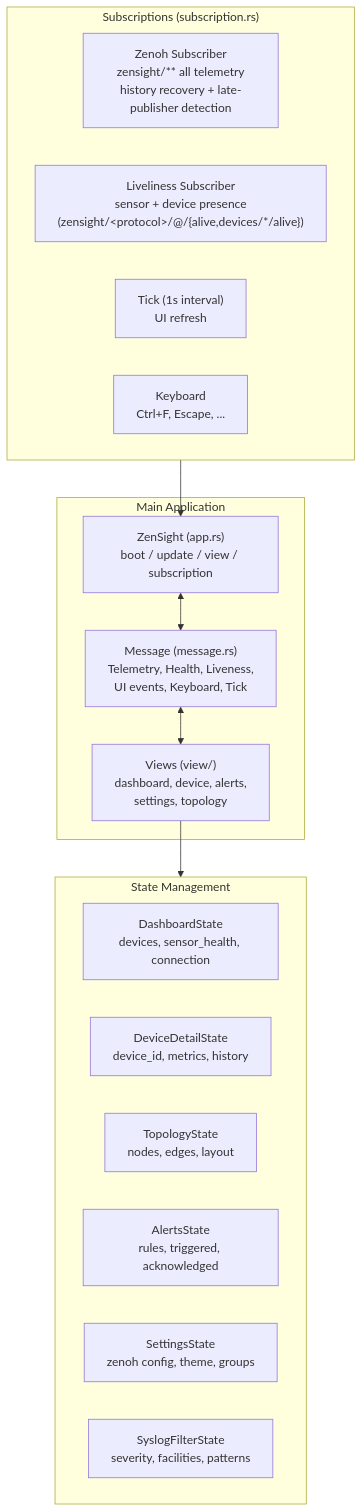
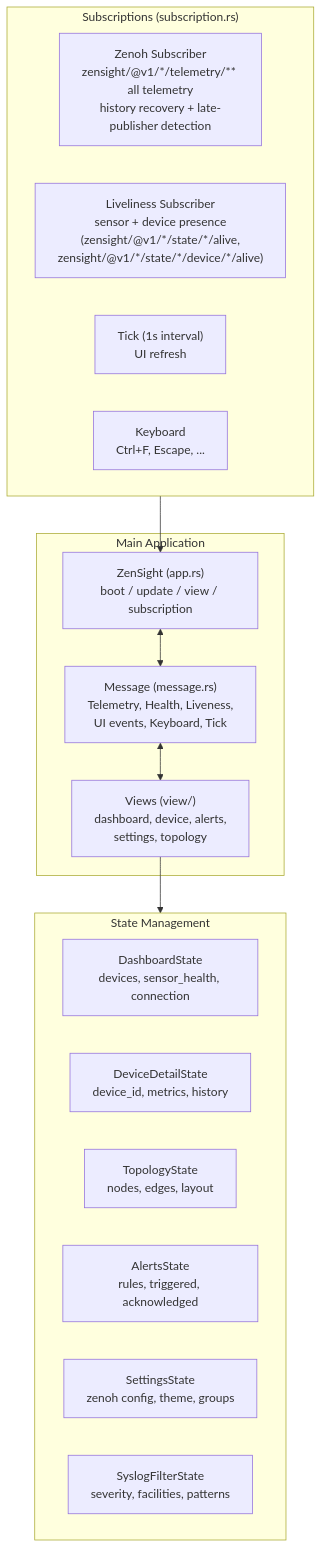
Before and after one commit to p13marc/zensight: the fifth of 8 diagrams in docs/ARCHITECTURE.md, drawn with Mermaid. The commit also changed other lines of this file and 67 other files, not shown here.

````diff
--- a/docs/ARCHITECTURE.md
+++ b/docs/ARCHITECTURE.md
@@ -245,30 +264,30 @@
 ```mermaid
 flowchart TD
     subgraph Subs["Subscriptions (subscription.rs)"]
-        ZenohSub["Zenoh Subscriber<br/>zensight/** all telemetry<br/>history recovery + late-publisher detection"]
-        LiveSub["Liveliness Subscriber<br/>sensor + device presence<br/>(zensight/&lt;protocol&gt;/@/{alive,devices/*/alive})"]
+        ZenohSub["Zenoh Subscriber<br/>zensight/@v1/*/telemetry/** all telemetry<br/>history recovery + late-publisher detection"]
+        LiveSub["Liveliness Subscriber<br/>sensor + device presence<br/>(zensight/@v1/*/state/*/alive,<br/>zensight/@v1/*/state/*/device/*/alive)"]
         Tick["Tick (1s interval)<br/>UI refresh"]
         Keyboard["Keyboard<br/>Ctrl+F, Escape, ..."]
     end
 
     subgraph Core["Main Application"]
         App["ZenSight (app.rs)<br/>boot / update / view / subscription"]
         Msg["Message (message.rs)<br/>Telemetry, Health, Liveness,<br/>UI events, Keyboard, Tick"]
         Views["Views (view/)<br/>dashboard, device, alerts,<br/>settings, topology"]
     end
 
     Subs --> App
     App <--> Msg
     Msg <--> Views
 
     subgraph State["State Management"]
         Dashboard["DashboardState<br/>devices, sensor_health, connection"]
         DeviceDetail["DeviceDetailState<br/>device_id, metrics, history"]
         Topology["TopologyState<br/>nodes, edges, layout"]
         Alerts["AlertsState<br/>rules, triggered, acknowledged"]
         Settings["SettingsState<br/>zenoh config, theme, groups"]
         SyslogFilter["SyslogFilterState<br/>severity, facilities, patterns"]
     end
 
     Views --> State
 ```
````
